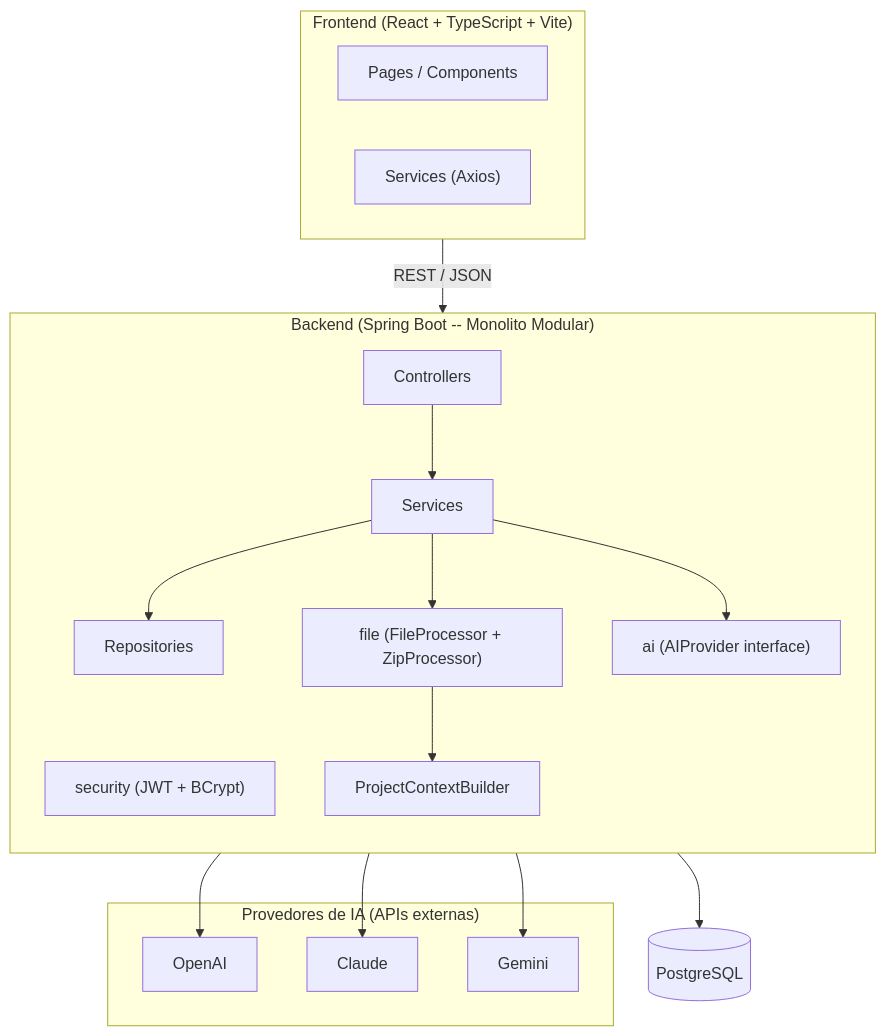
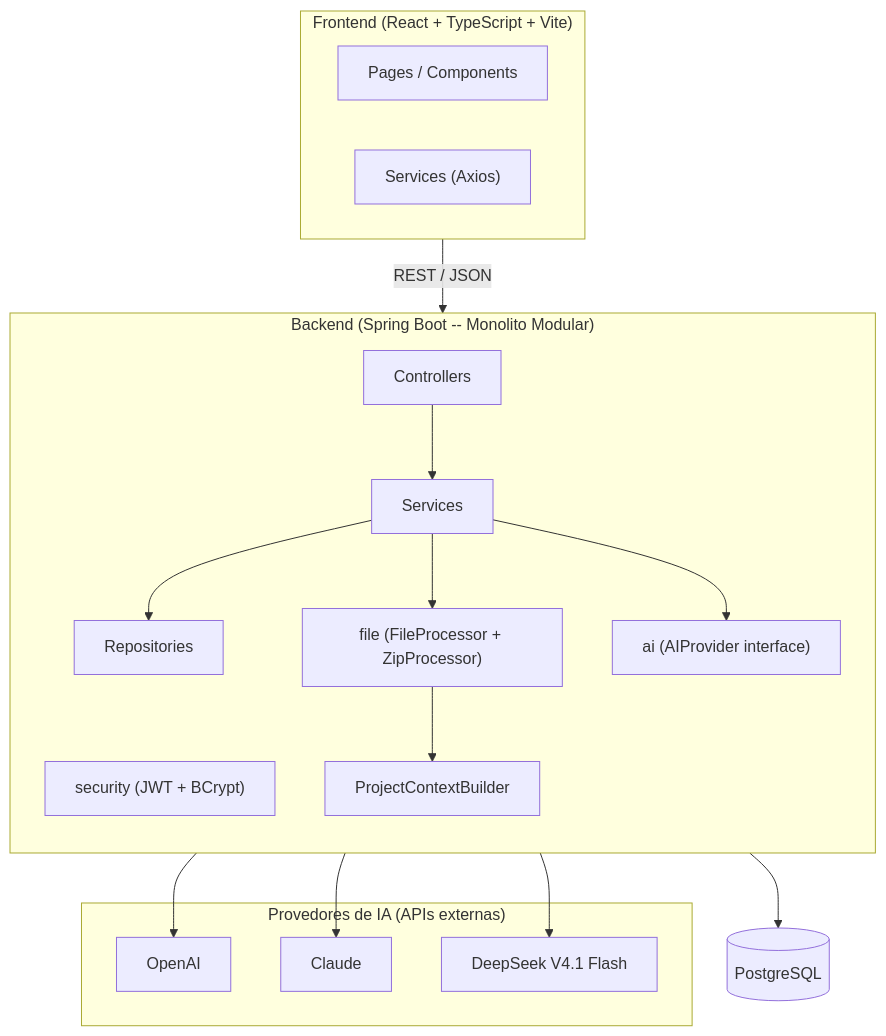
Before and after one commit to alexanderbs3/legacyai-tcc: the first of 3 diagrams in ARCHITECTURE.md, drawn with Mermaid. The commit also changed 27 other files, not shown here.

Commit message:
feat: replace Gemini with DeepSeek and stabilize AI providers

````diff
--- a/ARCHITECTURE.md
+++ b/ARCHITECTURE.md
@@ -13,35 +13,35 @@
 ```mermaid
 graph TB
     subgraph FE["Frontend  (React + TypeScript + Vite)"]
         Pages["Pages / Components"]
         SVC_FE["Services (Axios)"]
     end
 
     subgraph BE["Backend  (Spring Boot -- Monolito Modular)"]
         direction TB
         SEC["security (JWT + BCrypt)"]
         CTRL["Controllers"]
         SVC_BE["Services"]
         REPO["Repositories"]
         FILE["file (FileProcessor + ZipProcessor)"]
         PCB["ProjectContextBuilder"]
         AI["ai (AIProvider interface)"]
     end
 
     subgraph PROV["Provedores de IA  (APIs externas)"]
         OAI[OpenAI]
         CLD[Claude]
-        GMN[Gemini]
+        DSK[DeepSeek V4.1 Flash]
     end
 
     DB[(PostgreSQL)]
 
     FE -->|REST / JSON| CTRL
     CTRL --> SVC_BE
     SVC_BE --> REPO
     REPO --> DB
     SVC_BE --> FILE
     FILE --> PCB
     SVC_BE --> AI
-    AI --> OAI & CLD & GMN
+    AI --> OAI & CLD & DSK
 ```
````
